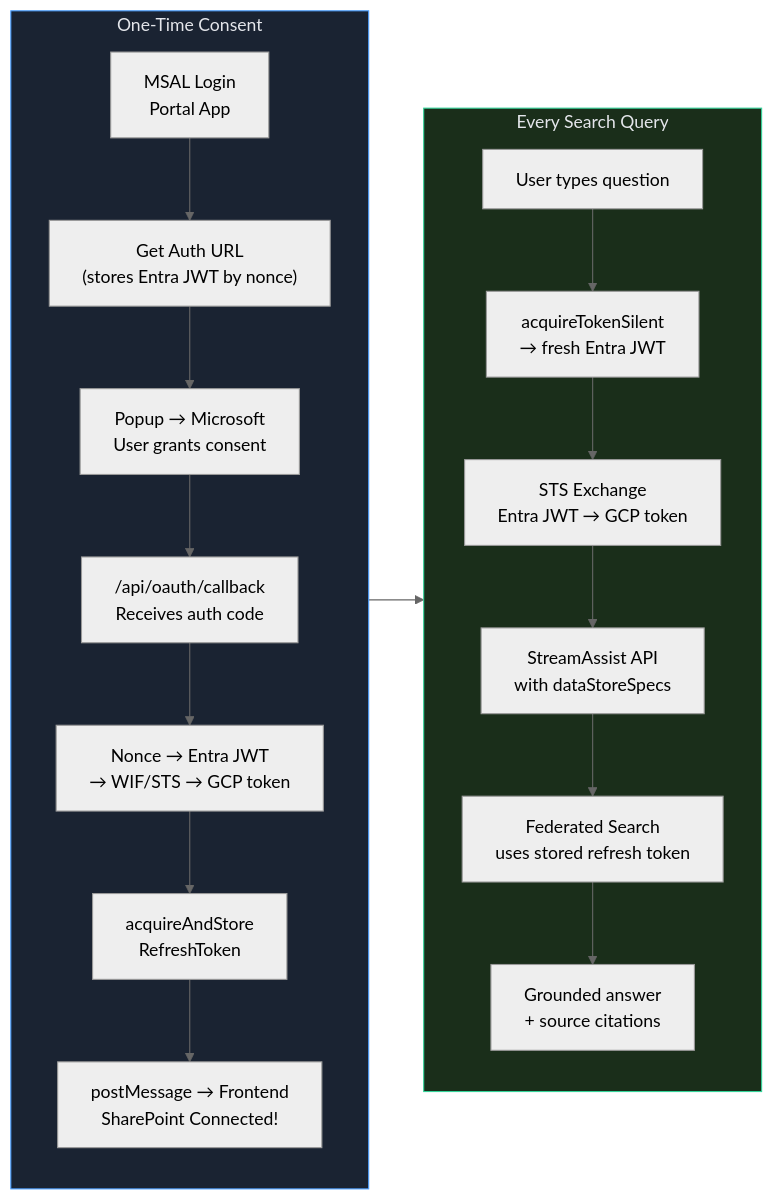
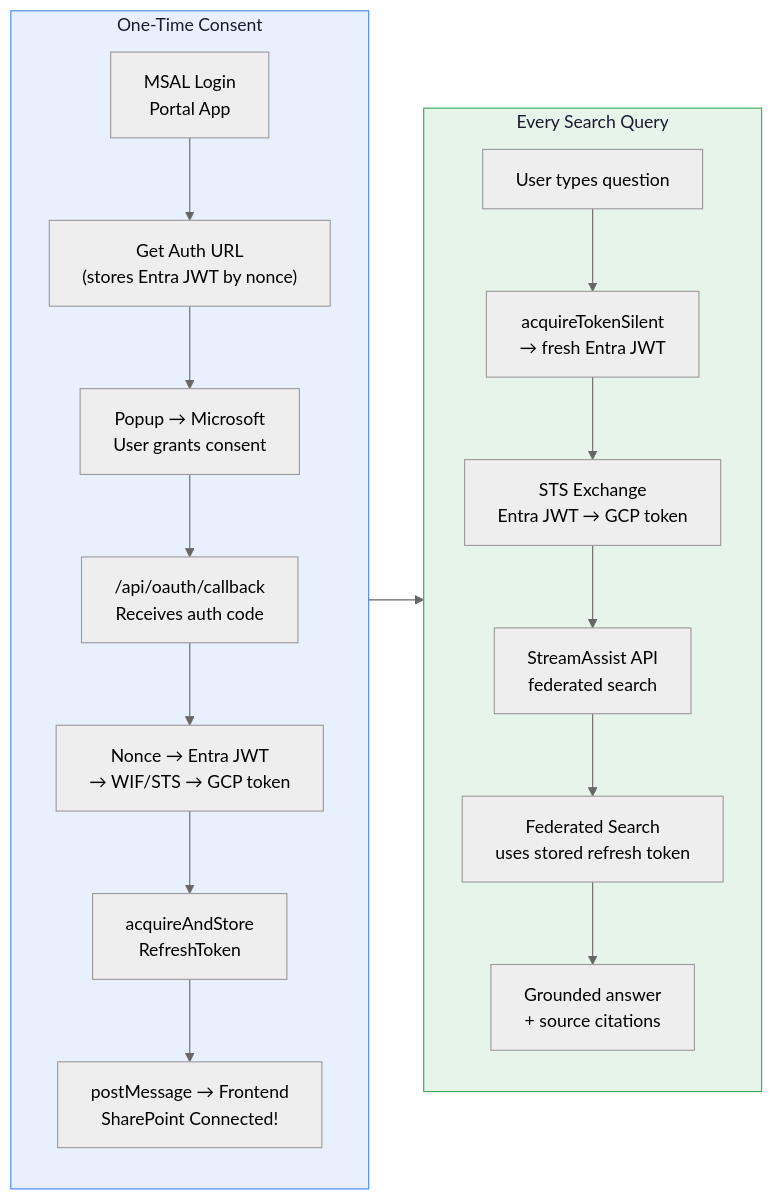
The second of 2 diagrams in semiautonomous-agents/streamassist-oauth-flow/README.md (jchavezar/vertex-ai-samples), drawn with Mermaid (neutral theme) before and after one commit. The commit also changed other lines of this file, not shown here.

Commit message:
style(streamassist-oauth-flow): switch mermaid diagrams to light theme

````diff
--- a/semiautonomous-agents/streamassist-oauth-flow/README.md
+++ b/semiautonomous-agents/streamassist-oauth-flow/README.md
@@ -64,26 +64,26 @@
 ```mermaid
 flowchart LR
     subgraph once["One-Time Consent"]
         direction TB
         A1["MSAL Login<br/>Portal App"] --> A2["Get Auth URL<br/>(stores Entra JWT by nonce)"]
         A2 --> A3["Popup → Microsoft<br/>User grants consent"]
         A3 --> A4["/api/oauth/callback<br/>Receives auth code"]
         A4 --> A5["Nonce → Entra JWT<br/>→ WIF/STS → GCP token"]
         A5 --> A6["acquireAndStore<br/>RefreshToken"]
         A6 --> A7["postMessage → Frontend<br/>SharePoint Connected!"]
     end
 
     subgraph every["Every Search Query"]
         direction TB
         B1["User types question"] --> B2["acquireTokenSilent<br/>→ fresh Entra JWT"]
         B2 --> B3["STS Exchange<br/>Entra JWT → GCP token"]
-        B3 --> B4["StreamAssist API<br/>with dataStoreSpecs"]
+        B3 --> B4["StreamAssist API<br/>federated search"]
         B4 --> B5["Federated Search<br/>uses stored refresh token"]
         B5 --> B6["Grounded answer<br/>+ source citations"]
     end
 
     once --> every
 
-    style once fill:#1a2332,color:#e4e6eb,stroke:#4a9eff
-    style every fill:#1a2e1a,color:#e4e6eb,stroke:#34d399
+    style once fill:#e8f0fe,color:#1a1a2e,stroke:#4285f4
+    style every fill:#e6f4ea,color:#1a1a2e,stroke:#34a853
 ```
````
